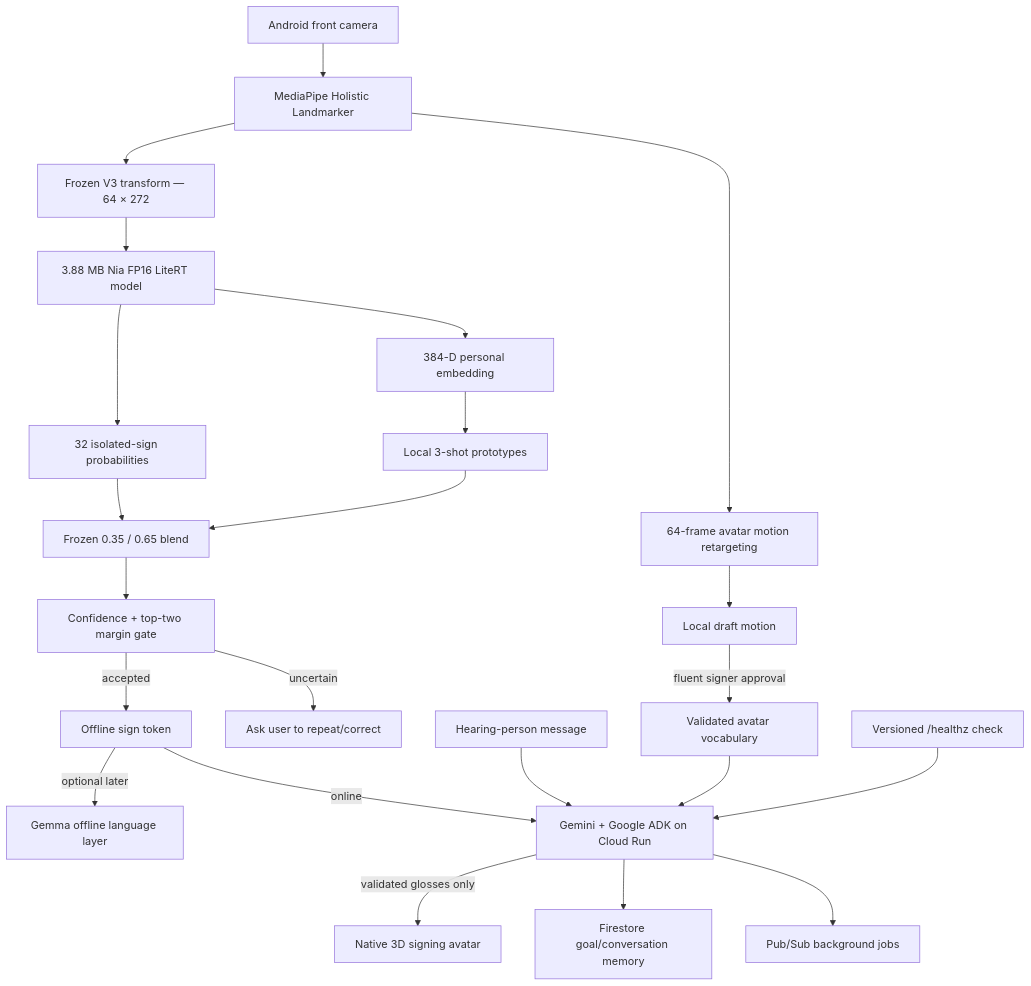
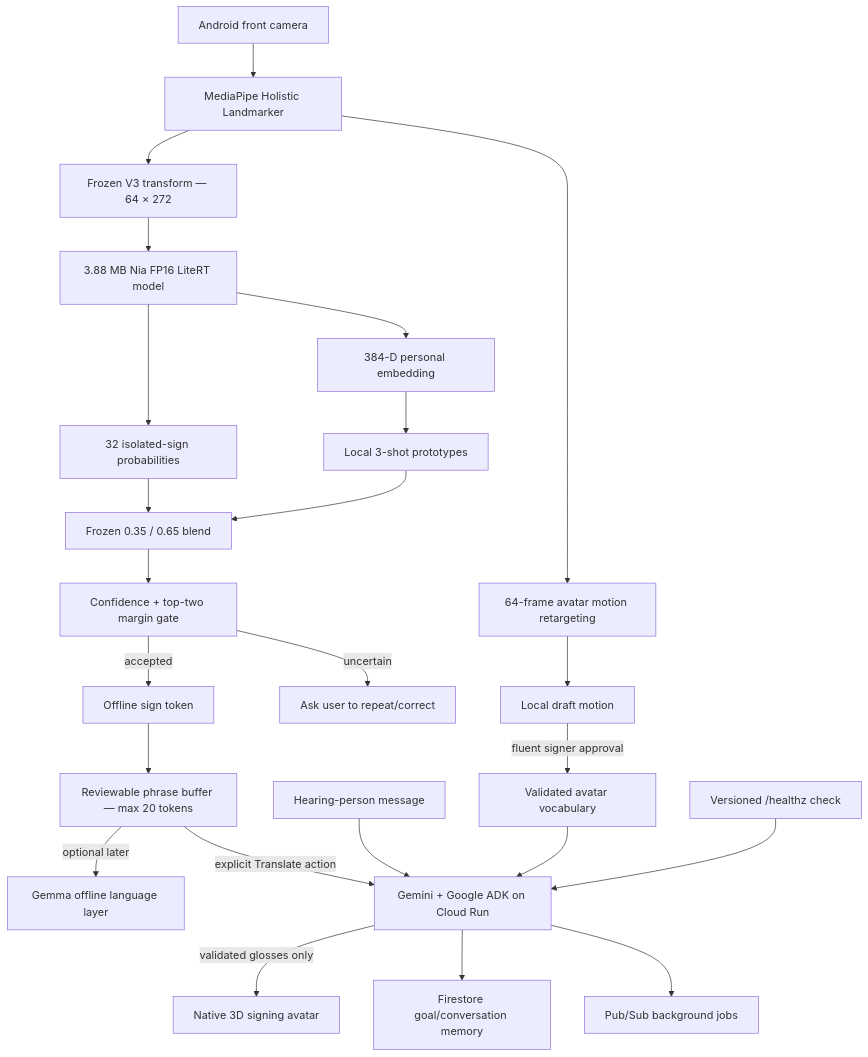
The diagram in docs/ARCHITECTURE.md (NestroyMusoke/Project-Nia), drawn with Mermaid before and after one commit. The commit also changed other lines of this file and 10 other files, not shown here.

Commit message:
Add multi-sign phrase translation buffer

````diff
--- a/docs/ARCHITECTURE.md
+++ b/docs/ARCHITECTURE.md
@@ -3,25 +3,26 @@
 ```mermaid
 flowchart TD
     Camera["Android front camera"] --> Holistic["MediaPipe Holistic Landmarker"]
     Holistic --> V3["Frozen V3 transform — 64 × 272"]
     V3 --> LiteRT["3.88 MB Nia FP16 LiteRT model"]
     LiteRT --> Prob["32 isolated-sign probabilities"]
     LiteRT --> Emb["384-D personal embedding"]
     Emb --> Local["Local 3-shot prototypes"]
     Prob --> Blend["Frozen 0.35 / 0.65 blend"]
     Local --> Blend
     Blend --> Gate["Confidence + top-two margin gate"]
     Gate -->|accepted| Offline["Offline sign token"]
+    Offline --> Buffer["Reviewable phrase buffer — max 20 tokens"]
     Gate -->|uncertain| Clarify["Ask user to repeat/correct"]
     Holistic --> Retarget["64-frame avatar motion retargeting"]
     Retarget --> Draft["Local draft motion"]
     Draft -->|fluent signer approval| Validated["Validated avatar vocabulary"]
-    Offline -->|optional later| Gemma["Gemma offline language layer"]
-    Offline -->|online| ADK["Gemini + Google ADK on Cloud Run"]
+    Buffer -->|optional later| Gemma["Gemma offline language layer"]
+    Buffer -->|explicit Translate action| ADK["Gemini + Google ADK on Cloud Run"]
     Hearing["Hearing-person message"] --> ADK
     Validated --> ADK
     AndroidHealth["Versioned /healthz check"] --> ADK
     ADK -->|validated glosses only| Avatar["Native 3D signing avatar"]
     ADK --> Firestore["Firestore goal/conversation memory"]
     ADK --> PubSub["Pub/Sub background jobs"]
 ```
````
